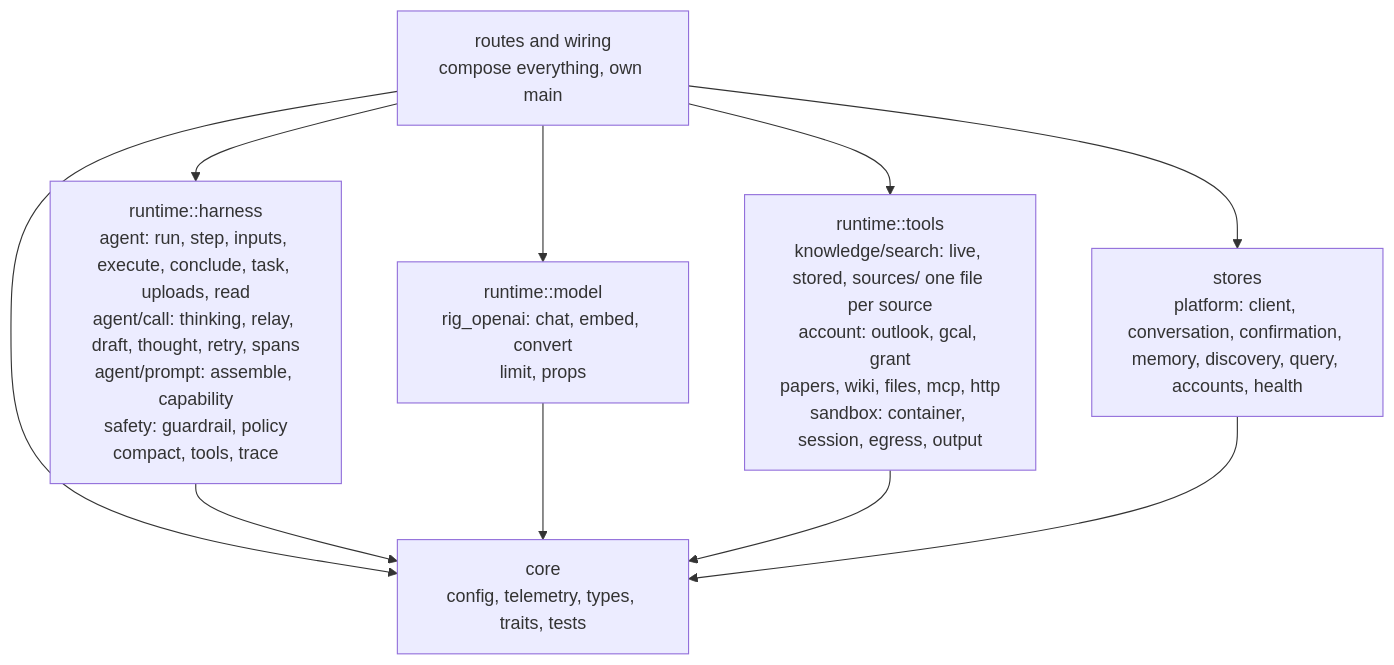
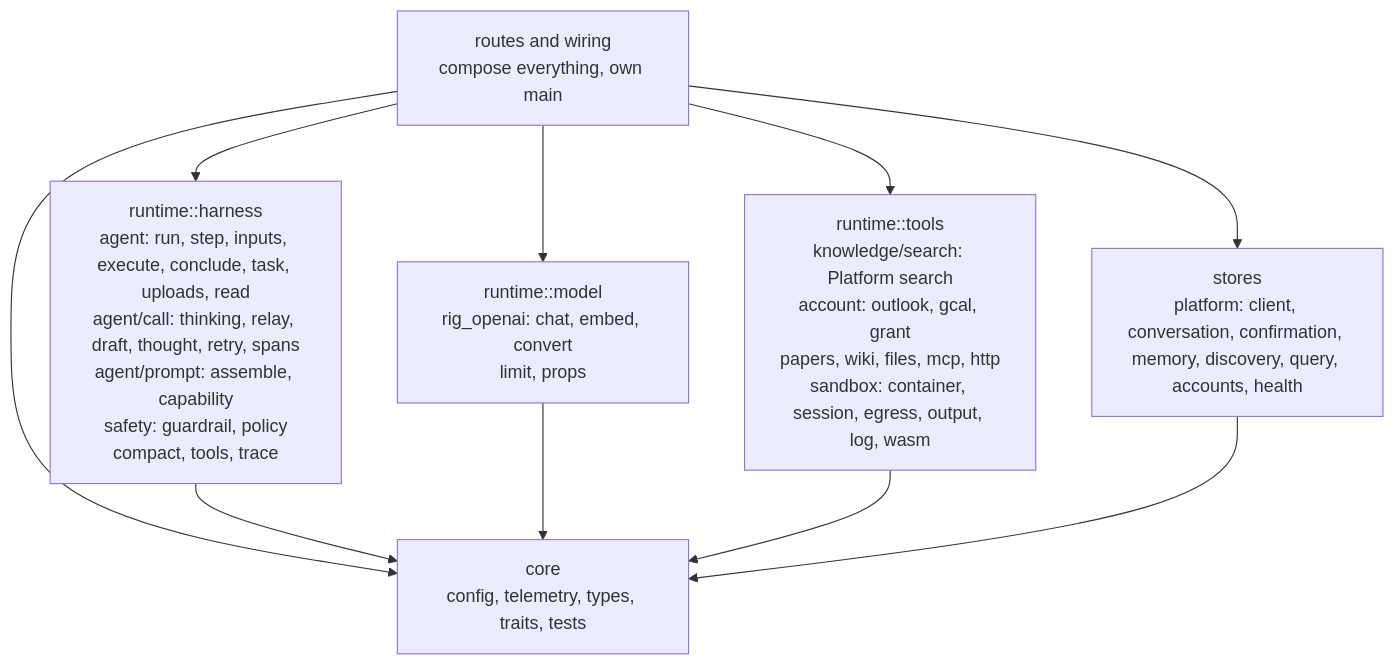
Before and after one commit to theaisocietyasu/sparky: the second of 11 diagrams in docs/ARCHITECTURE.md, drawn with Mermaid. The commit also changed other lines of this file and 29 other files, not shown here.

````diff
--- a/docs/ARCHITECTURE.md
+++ b/docs/ARCHITECTURE.md
@@ -122,19 +122,19 @@
 ```mermaid
 flowchart TD
     ROUTES["routes and wiring<br/>compose everything, own main"]
     HARNESS["runtime::harness<br/>agent: run, step, inputs, execute, conclude, task, uploads, read<br/>agent/call: thinking, relay, draft, thought, retry, spans<br/>agent/prompt: assemble, capability<br/>safety: guardrail, policy<br/>compact, tools, trace"]
     MODEL["runtime::model<br/>rig_openai: chat, embed, convert<br/>limit, props"]
-    TOOLS["runtime::tools<br/>knowledge/search: live, stored, sources/ one file per source<br/>account: outlook, gcal, grant<br/>papers, wiki, files, mcp, http<br/>sandbox: container, session, egress, output"]
+    TOOLS["runtime::tools<br/>knowledge/search: Platform search<br/>account: outlook, gcal, grant<br/>papers, wiki, files, mcp, http<br/>sandbox: container, session, egress, output, log, wasm"]
     STORES["stores<br/>platform: client, conversation, confirmation, memory, discovery, query, accounts, health"]
     CORE["core<br/>config, telemetry, types, traits, tests"]
 
     ROUTES --> HARNESS
     ROUTES --> MODEL
     ROUTES --> TOOLS
     ROUTES --> STORES
     ROUTES --> CORE
     HARNESS --> CORE
     MODEL --> CORE
     TOOLS --> CORE
     STORES --> CORE
 ```
````
